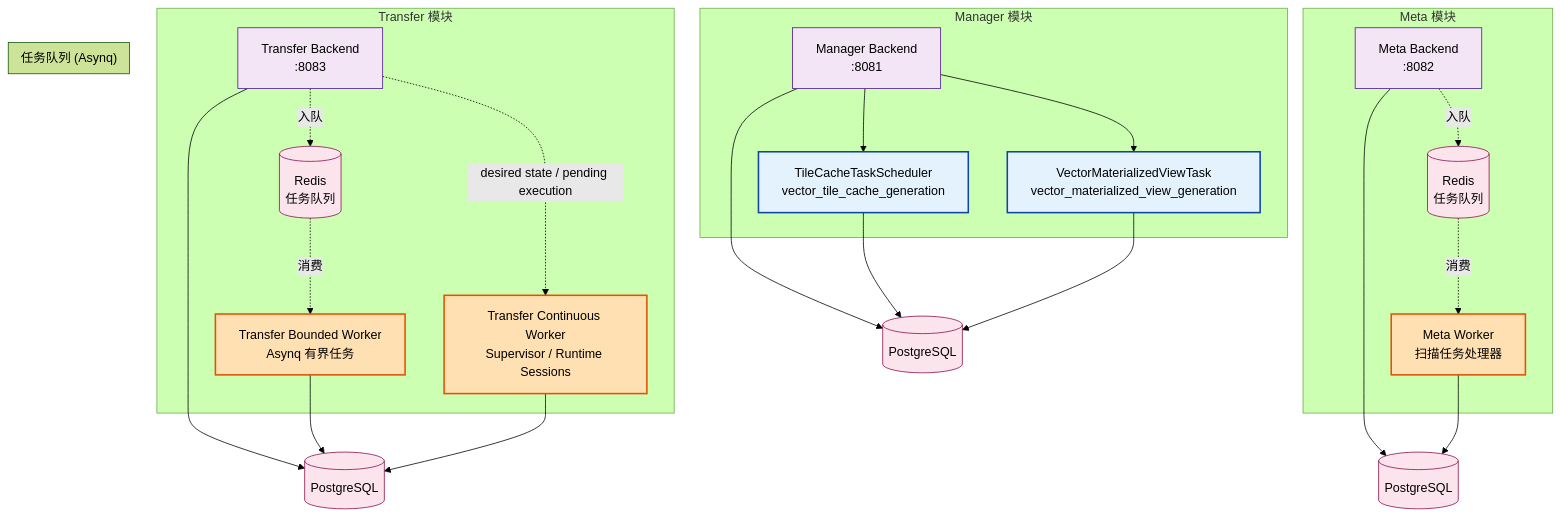
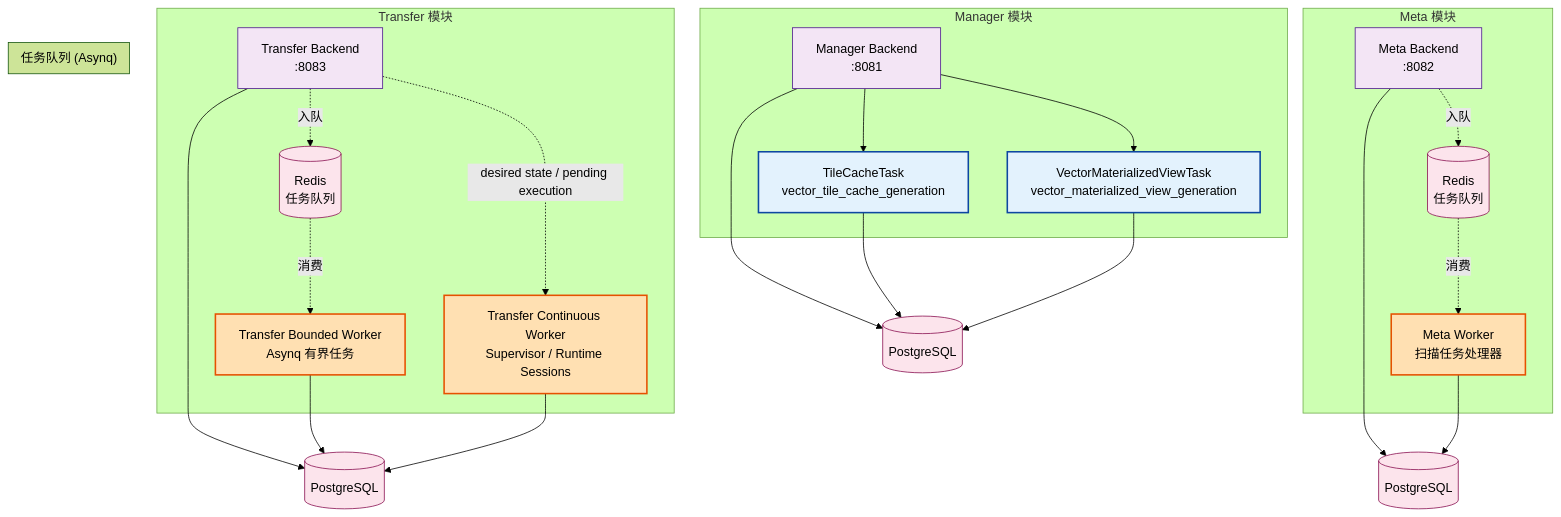
One commit to pampa0629/addp changed the fourth of 12 diagrams in docs/concepts/addp模块架构图.md. Above: the diagram before and after it, drawn with Mermaid (forest theme). The commit also changed other lines of this file and 82 other files, not shown here.

````diff
--- a/docs/concepts/addp模块架构图.md
+++ b/docs/concepts/addp模块架构图.md
@@ -285,50 +285,50 @@
 ```mermaid
 graph TB
     subgraph "Transfer 模块"
         TB[Transfer Backend<br/>:8083]
         TW[Transfer Bounded Worker<br/>Asynq 有界任务]
         TCW[Transfer Continuous Worker<br/>Supervisor / Runtime Sessions]
         TB -.入队.-> Redis
         Redis -.消费.-> TW
         TB -.desired state / pending execution.-> TCW
     end
 
     subgraph "Meta 模块"
         MB[Meta Backend<br/>:8082]
         MW[Meta Worker<br/>扫描任务处理器]
         MB -.入队.-> Redis2[Redis]
         Redis2 -.消费.-> MW
     end
 
     subgraph "Manager 模块"
         MB2[Manager Backend<br/>:8081]
-        TCS[TileCacheTaskScheduler<br/>vector_tile_cache_generation]
+        TCT[TileCacheTask<br/>vector_tile_cache_generation]
         QVO[VectorMaterializedViewTask<br/>vector_materialized_view_generation]
-        MB2 --> TCS
+        MB2 --> TCT
         MB2 --> QVO
     end
 
     subgraph "任务队列 (Asynq)"
         Redis[(Redis<br/>任务队列)]
         Redis2[(Redis<br/>任务队列)]
     end
 
     TB --> PostgreSQL[(PostgreSQL)]
     TW --> PostgreSQL
     TCW --> PostgreSQL
     MB --> PostgreSQL2[(PostgreSQL)]
     MW --> PostgreSQL2
     MB2 --> PostgreSQL3[(PostgreSQL)]
-    TCS --> PostgreSQL3
+    TCT --> PostgreSQL3
     QVO --> PostgreSQL3
 
     classDef backend fill:#f3e5f5,stroke:#4a148c
     classDef worker fill:#ffe0b2,stroke:#e65100,stroke-width:2px
     classDef scheduler fill:#e3f2fd,stroke:#0d47a1,stroke-width:2px
     classDef infra fill:#fce4ec,stroke:#880e4f
 
     class TB,MB,MB2 backend
     class TW,TCW,MW worker
-    class TCS,QVO scheduler
+    class TCT,QVO scheduler
     class Redis,Redis2,PostgreSQL,PostgreSQL2,PostgreSQL3 infra
 ```
````
